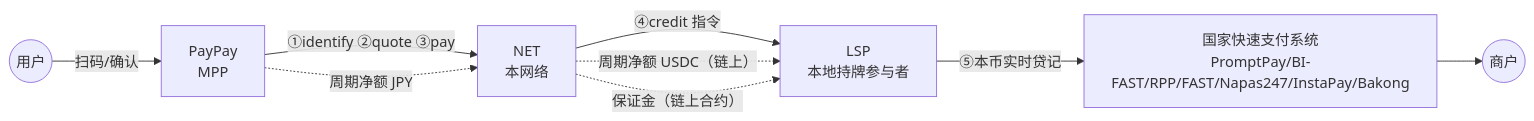
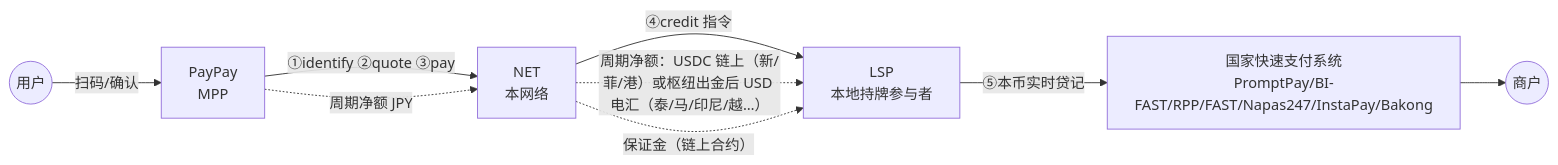
Before and after one commit to inspiryroy/roy: the diagram in docs/01-architecture.md, drawn with Mermaid. The commit also changed other lines of this file and 9 other files, not shown here.

````diff
--- a/docs/01-architecture.md
+++ b/docs/01-architecture.md
@@ -55,11 +55,11 @@
 ```mermaid
 flowchart LR
     U((用户)) -- 扫码/确认 --> M[PayPay<br/>MPP]
     M -- ①identify ②quote ③pay --> N[NET<br/>本网络]
     N -- ④credit 指令 --> L[LSP<br/>本地持牌参与者]
     L -- ⑤本币实时贷记 --> R[国家快速支付系统<br/>PromptPay/BI-FAST/RPP/FAST/Napas247/InstaPay/Bakong]
     R --> S((商户))
     M -. 周期净额 JPY .-> N
-    N -. 周期净额 USDC（链上）.-> L
+    N -. 周期净额：USDC 链上（新/菲/港）或枢纽出金后 USD 电汇（泰/马/印尼/越…）.-> L
     N -. 保证金（链上合约）.-> L
 ```
````
